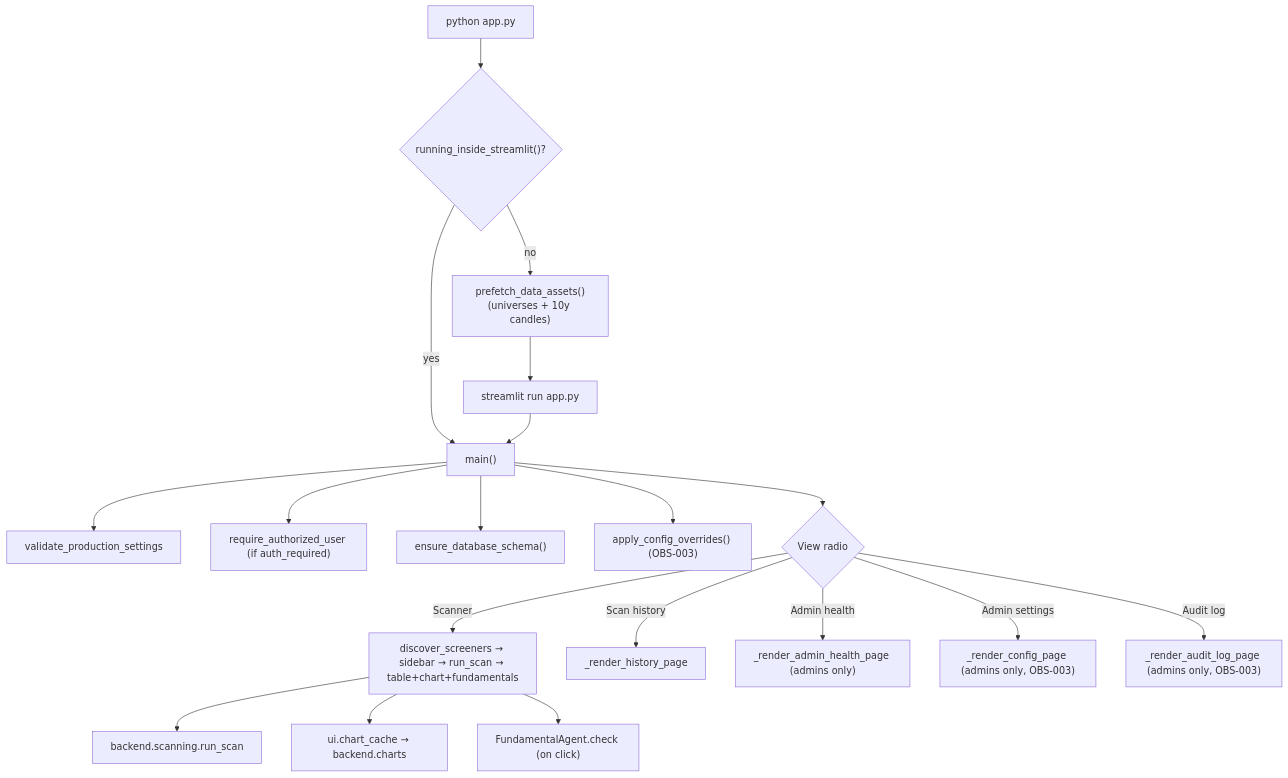
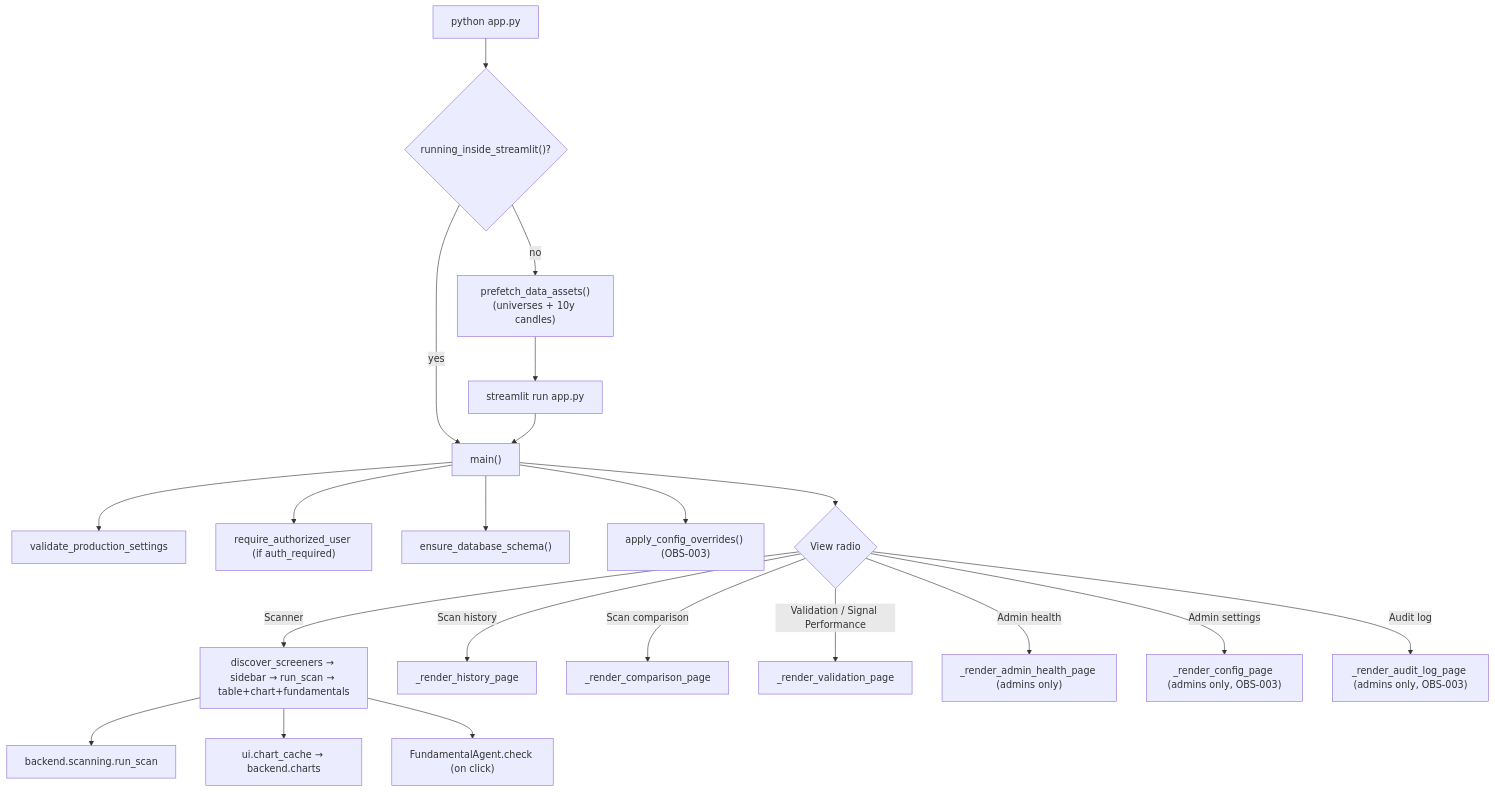
The diagram in docs/architecture/components/app-orchestration.md (DoRmAmMu1997/Streamlit-Scanner-App), drawn with Mermaid before and after one commit. The commit also changed other lines of this file and 14 other files, not shown here.

First line of the commit message:
feat(JOB-003): latest-vs-previous scan comparison page and CSV export

````diff
--- a/docs/architecture/components/app-orchestration.md
+++ b/docs/architecture/components/app-orchestration.md
@@ -26,21 +26,23 @@
 ```mermaid
 flowchart TD
     PY["python app.py"] --> CTX{"running_inside_streamlit()?"}
     CTX -->|no| PRE["prefetch_data_assets()\n(universes + 10y candles)"]
     PRE --> RELAUNCH["streamlit run app.py"]
     CTX -->|yes| MAIN["main()"]
     RELAUNCH --> MAIN
     MAIN --> VAL["validate_production_settings"]
     MAIN --> AUTH["require_authorized_user (if auth_required)"]
     MAIN --> MIG["ensure_database_schema()"]
     MAIN --> OVR["apply_config_overrides() (OBS-003)"]
     MAIN --> VIEW{"View radio"}
     VIEW -->|Scanner| SCAN["discover_screeners → sidebar → run_scan → table+chart+fundamentals"]
     VIEW -->|Scan history| HIST["_render_history_page"]
+    VIEW -->|Scan comparison| COMP["_render_comparison_page"]
+    VIEW -->|Validation / Signal Performance| VALPAGE["_render_validation_page"]
     VIEW -->|Admin health| HLT["_render_admin_health_page (admins only)"]
     VIEW -->|Admin settings| CFG["_render_config_page (admins only, OBS-003)"]
     VIEW -->|Audit log| AUD["_render_audit_log_page (admins only, OBS-003)"]
     SCAN --> SVC["backend.scanning.run_scan"]
     SCAN --> CHART["ui.chart_cache → backend.charts"]
     SCAN --> FUND["FundamentalAgent.check (on click)"]
 ```
````
